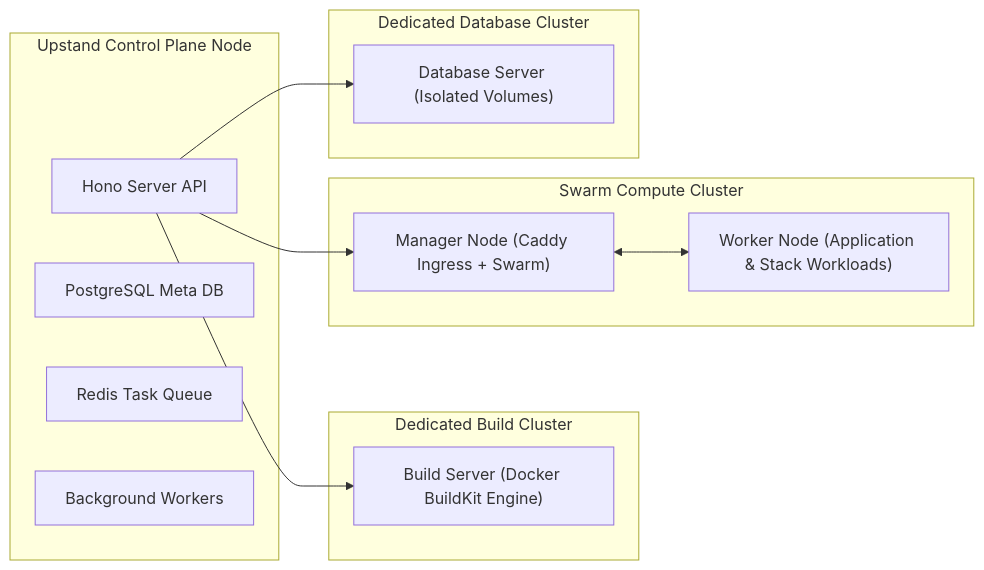
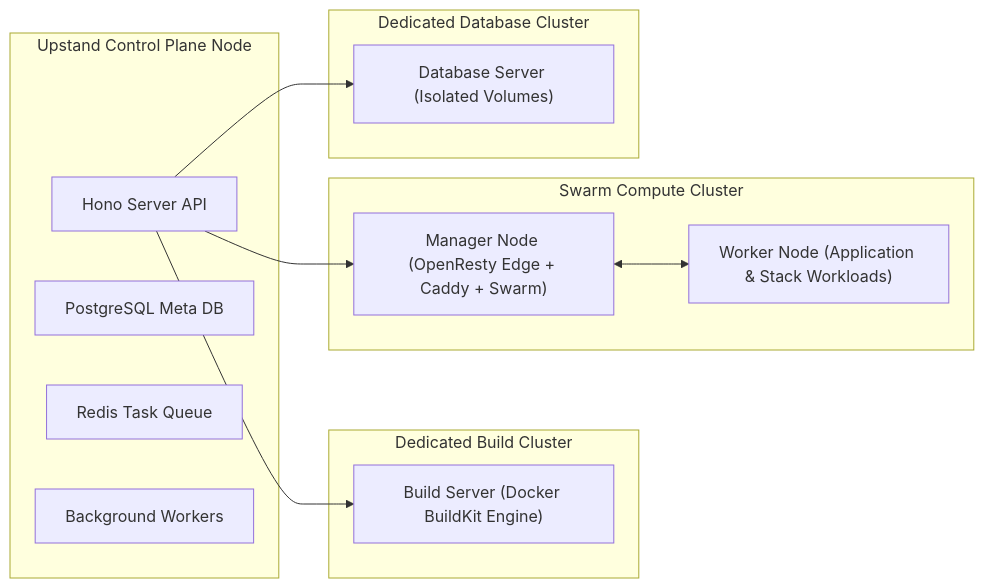
The second of 2 diagrams in apps/fumadocs/content/docs/getting-started/concepts.mdx (UpstandPlatform/upstand), drawn with Mermaid before and after one commit. The commit also changed other lines of this file and 543 other files, not shown here.

````diff
--- a/apps/fumadocs/content/docs/getting-started/concepts.mdx
+++ b/apps/fumadocs/content/docs/getting-started/concepts.mdx
@@ -60,27 +60,27 @@
 ```mermaid
 graph LR
     subgraph ControlPlane["Upstand Control Plane Node"]
         API["Hono Server API"]
         DB["PostgreSQL Meta DB"]
         RedisQueue["Redis Task Queue"]
         Workers["Background Workers"]
     end
 
     subgraph BuildNodes["Dedicated Build Cluster"]
         BuildServer["Build Server (Docker BuildKit Engine)"]
     end
 
     subgraph DeployNodes["Swarm Compute Cluster"]
-        DeployServer1["Manager Node (Caddy Ingress + Swarm)"]
+        DeployServer1["Manager Node (OpenResty Edge + Caddy + Swarm)"]
         DeployServer2["Worker Node (Application & Stack Workloads)"]
     end
 
     subgraph DbNodes["Dedicated Database Cluster"]
         DbServer["Database Server (Isolated Volumes)"]
     end
 
     API --> BuildServer
     API --> DeployServer1
     DeployServer1 <--> DeployServer2
     API --> DbServer
 ```
````
